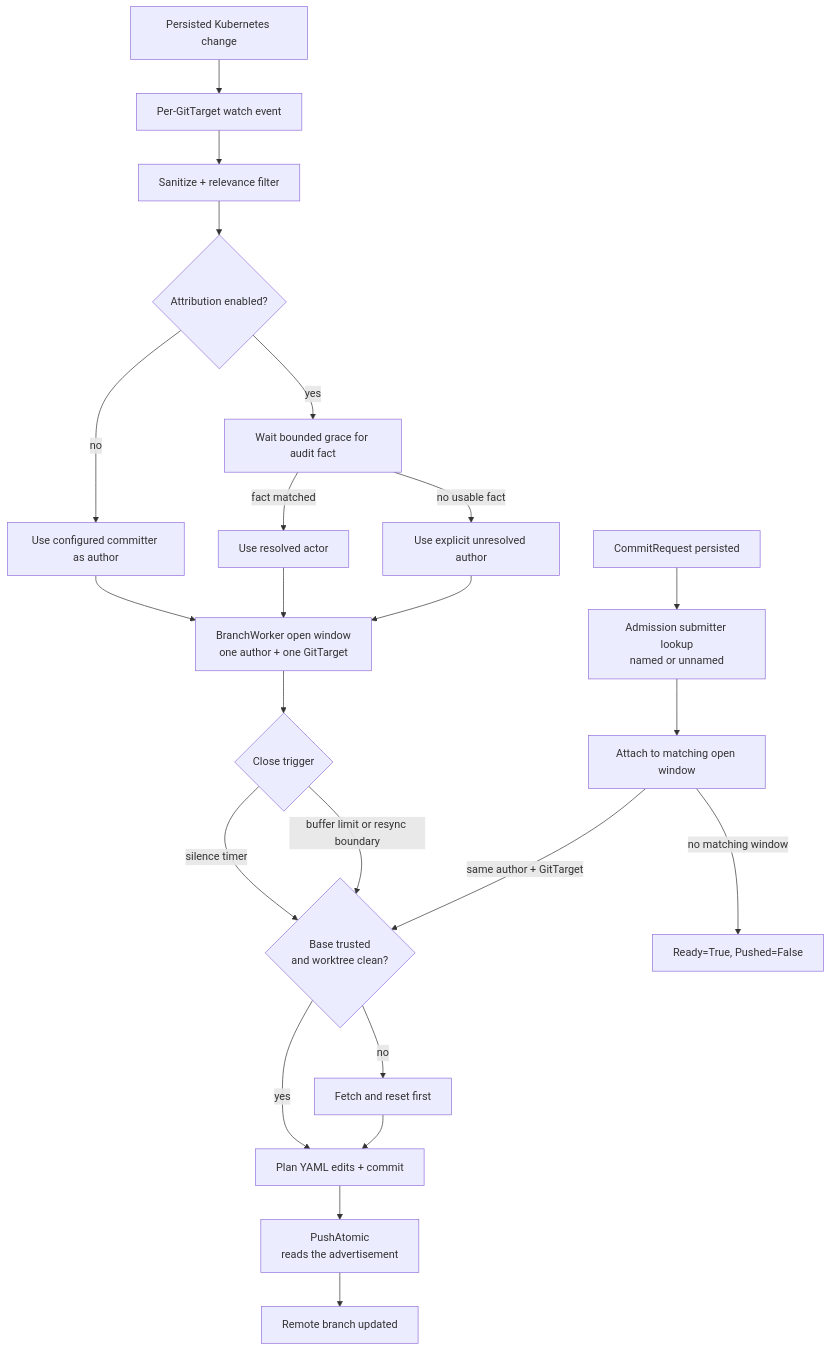
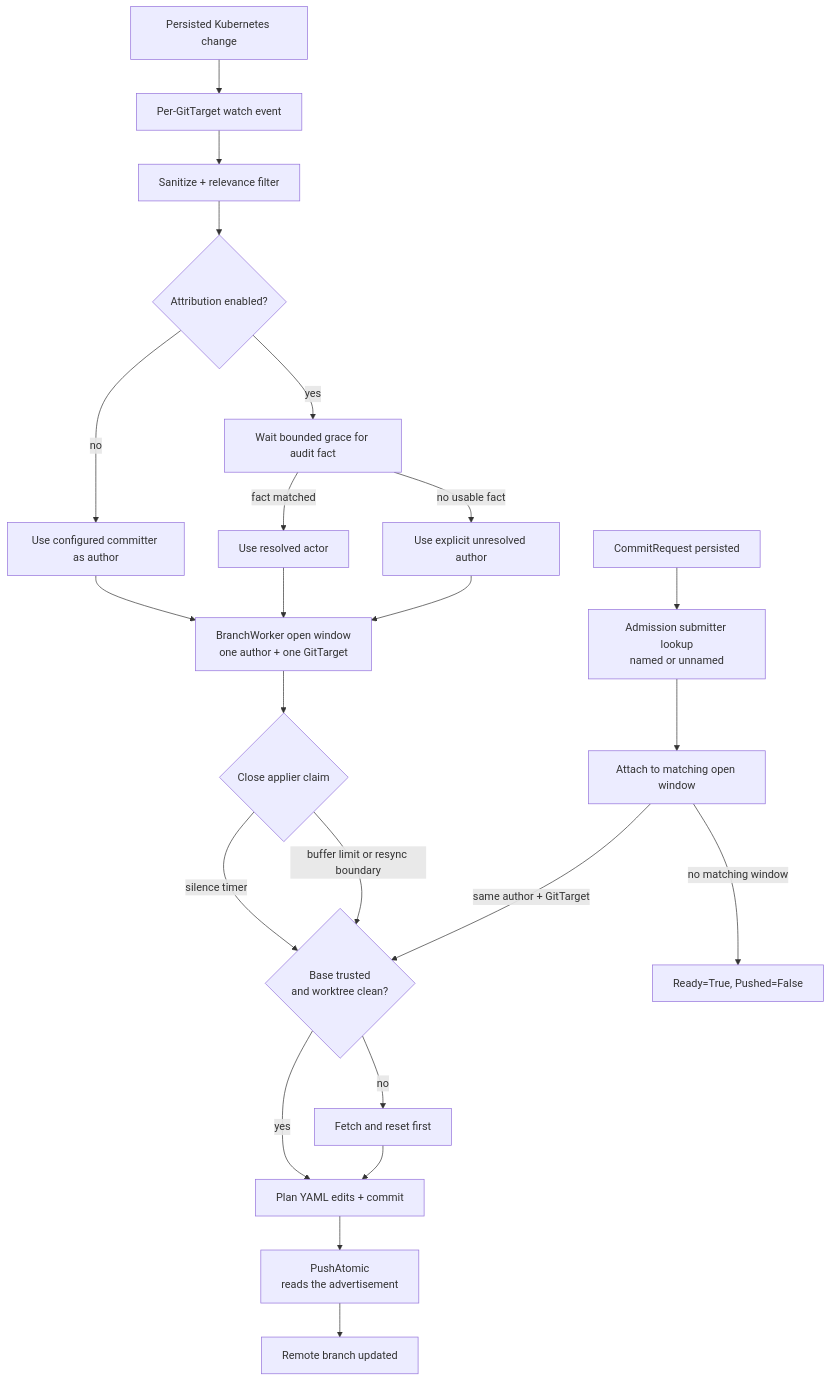
One commit to ConfigButler/gitops-reverser changed the third of 6 diagrams in docs/architecture.md. Above: the diagram before and after it, drawn with Mermaid. The commit also changed other lines of this file and 148 other files, not shown here.

First line of the commit message:
refactor(applier)!: rename FluxTrigger/ArgoCDTrigger to FluxClaim/ArgoCDClaim (#438)

````diff
--- a/docs/architecture.md
+++ b/docs/architecture.md
@@ -702,28 +710,28 @@
 ```mermaid
 flowchart TD
     CHANGE[Persisted Kubernetes change] --> WATCH[Per-GitTarget watch event]
     WATCH --> FILTER[Sanitize + relevance filter]
     FILTER --> AUTHOR{Attribution enabled?}
     AUTHOR -->|yes| AUDIT[Wait bounded grace for audit fact]
     AUTHOR -->|no| COMMITTER[Use configured committer as author]
     AUDIT -->|fact matched| RESOLVED[Use resolved actor]
     AUDIT -->|no usable fact| UNRESOLVED[Use explicit unresolved author]
     COMMITTER --> WINDOW[BranchWorker open window<br/>one author + one GitTarget]
     RESOLVED --> WINDOW
     UNRESOLVED --> WINDOW
 
-    WINDOW --> TIMER{Close trigger}
+    WINDOW --> TIMER{Close applier claim}
     TIMER -->|silence timer| BASE
     TIMER -->|buffer limit or resync boundary| BASE
 
     CR[CommitRequest persisted] --> ADMISSION[Admission submitter lookup<br/>named or unnamed]
     ADMISSION --> ATTACH[Attach to matching open window]
     ATTACH -->|same author + GitTarget| BASE
     ATTACH -->|no matching window| BENIGN[Ready=True, Pushed=False]
 
     BASE{Base trusted<br/>and worktree clean?} -->|yes| FLUSH
     BASE -->|no| FETCH[Fetch and reset first]
     FETCH --> FLUSH[Plan YAML edits + commit]
     FLUSH --> PUSH[PushAtomic<br/>reads the advertisement]
     PUSH --> DONE[Remote branch updated]
 ```
````
